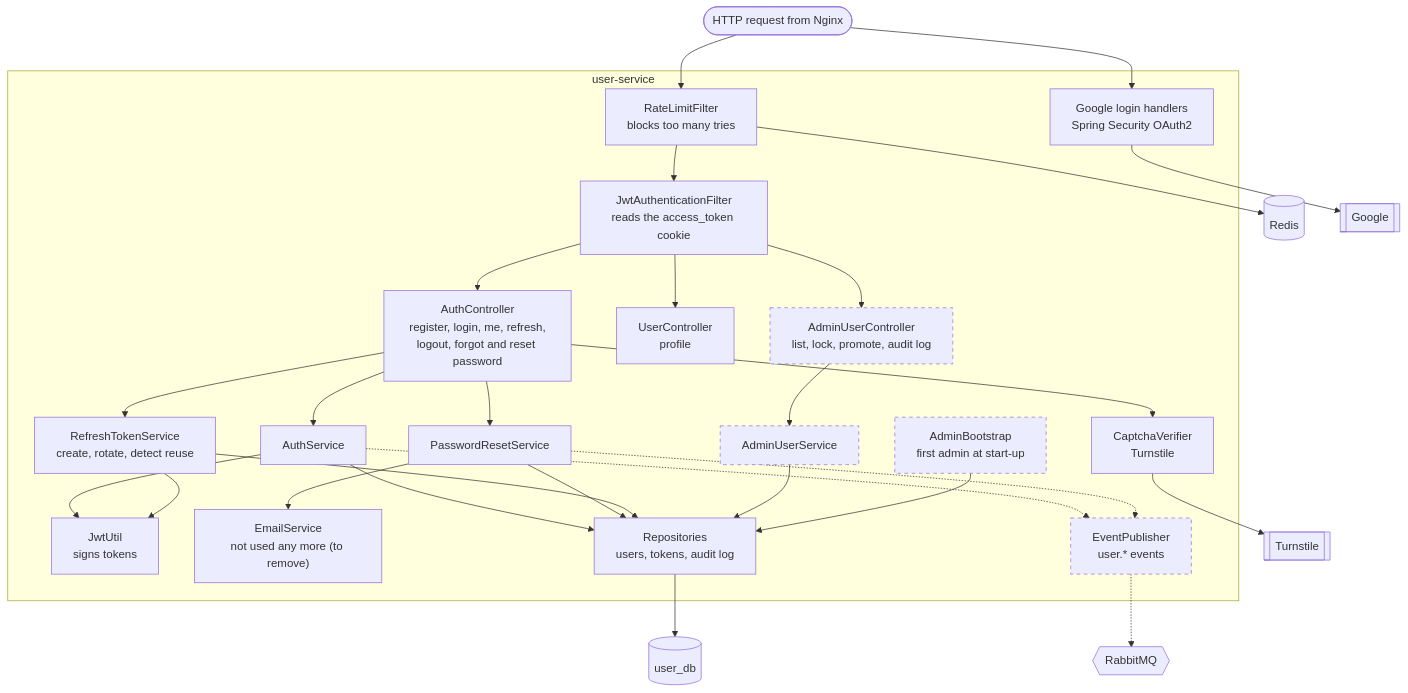
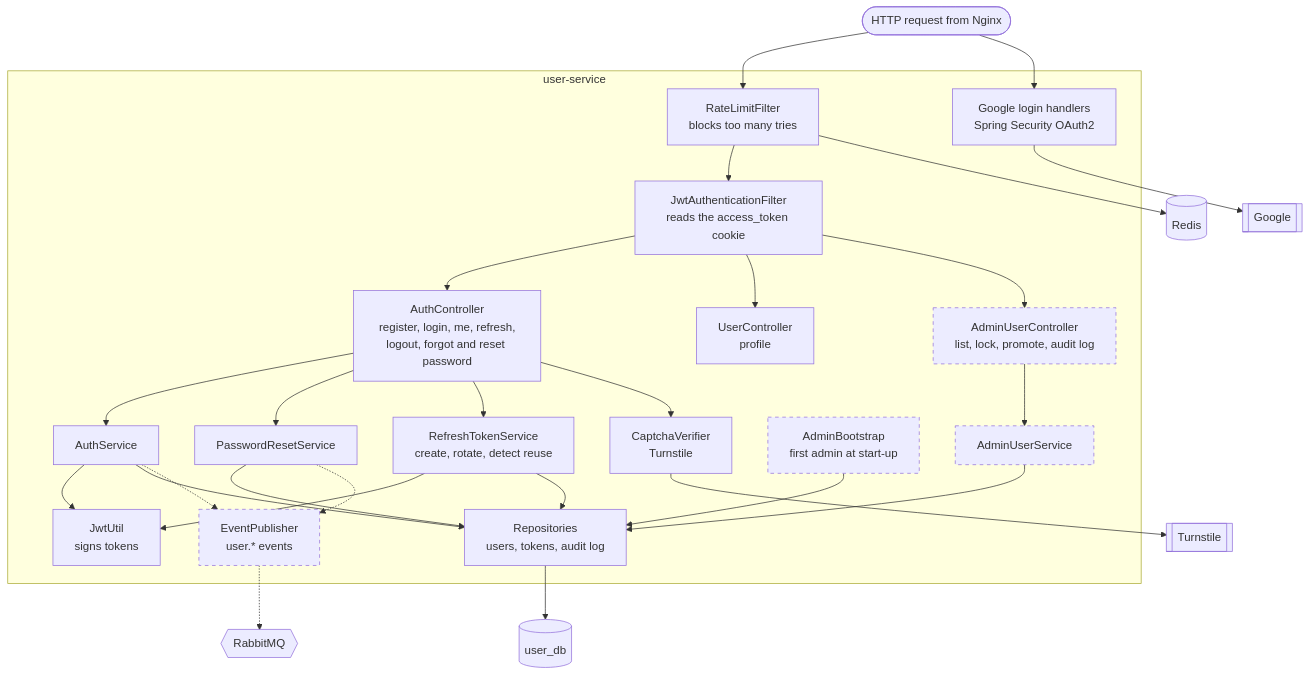
The diagram in docs/mvp/05-components/user-service.md (MotoXpress-wicky/infrastructure), drawn with Mermaid before and after one commit. The commit also changed other lines of this file and 6 other files, not shown here.

````diff
--- a/docs/mvp/05-components/user-service.md
+++ b/docs/mvp/05-components/user-service.md
@@ -6,62 +6,60 @@
 ```mermaid
 flowchart TB
     req([HTTP request from Nginx])
 
     subgraph svc [user-service]
         rate["RateLimitFilter<br/>blocks too many tries"]
         jwtf["JwtAuthenticationFilter<br/>reads the access_token cookie"]
         authc["AuthController<br/>register, login, me, refresh,<br/>logout, forgot and reset password"]
         userc["UserController<br/>profile"]
         adminc["AdminUserController<br/>list, lock, promote, audit log"]
         oauth["Google login handlers<br/>Spring Security OAuth2"]
 
         auth["AuthService"]
         reset["PasswordResetService"]
         refresh["RefreshTokenService<br/>create, rotate, detect reuse"]
         adminsvc["AdminUserService"]
         boot["AdminBootstrap<br/>first admin at start-up"]
         captcha["CaptchaVerifier<br/>Turnstile"]
         jwt["JwtUtil<br/>signs tokens"]
-        mail["EmailService<br/>not used any more (to remove)"]
         pub["EventPublisher<br/>user.* events"]
         repo["Repositories<br/>users, tokens, audit log"]
     end
 
     redis[("Redis")]
     db[("user_db")]
     google[["Google"]]
     turnstile[["Turnstile"]]
     broker{{"RabbitMQ"}}
 
     req --> rate --> jwtf
     jwtf --> authc
     jwtf --> userc
     jwtf --> adminc
     req --> oauth
 
     authc --> auth
     authc --> reset
     authc --> refresh
     authc --> captcha
     adminc --> adminsvc
     oauth --> google
     captcha --> turnstile
 
     auth --> jwt
     refresh --> jwt
     auth --> repo
     reset --> repo
     refresh --> repo
     adminsvc --> repo
     boot --> repo
     rate --> redis
     repo --> db
 
-    reset --> mail
     auth -.-> pub
     reset -.-> pub
     pub -.-> broker
 
     classDef planned stroke-dasharray: 5 5
     class adminc,adminsvc,boot,pub planned
 ```
````
